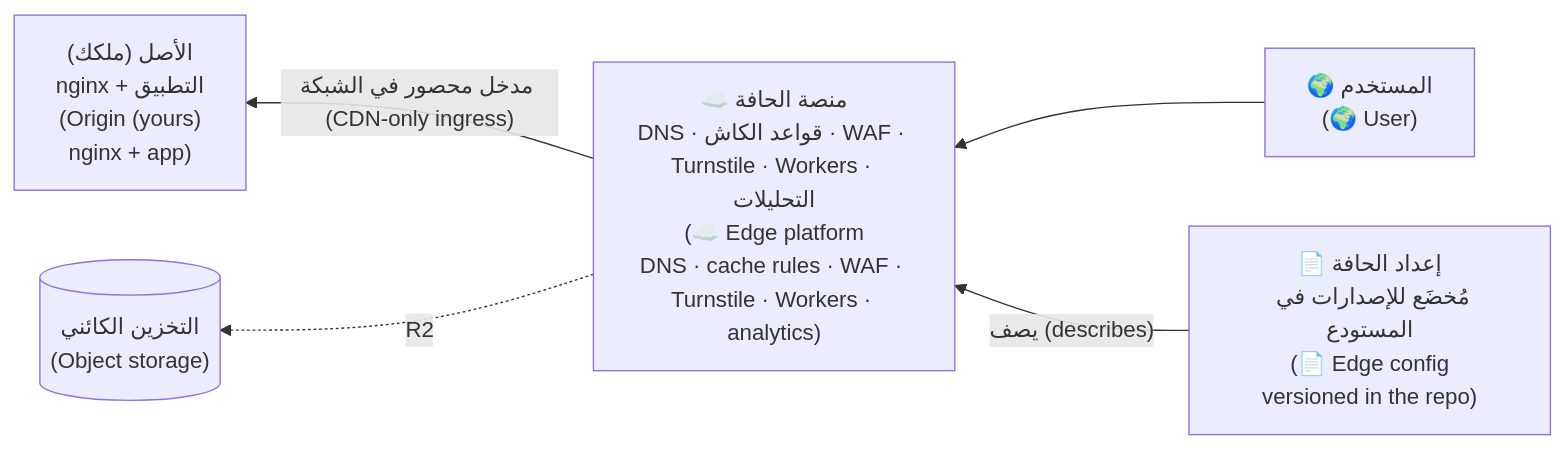
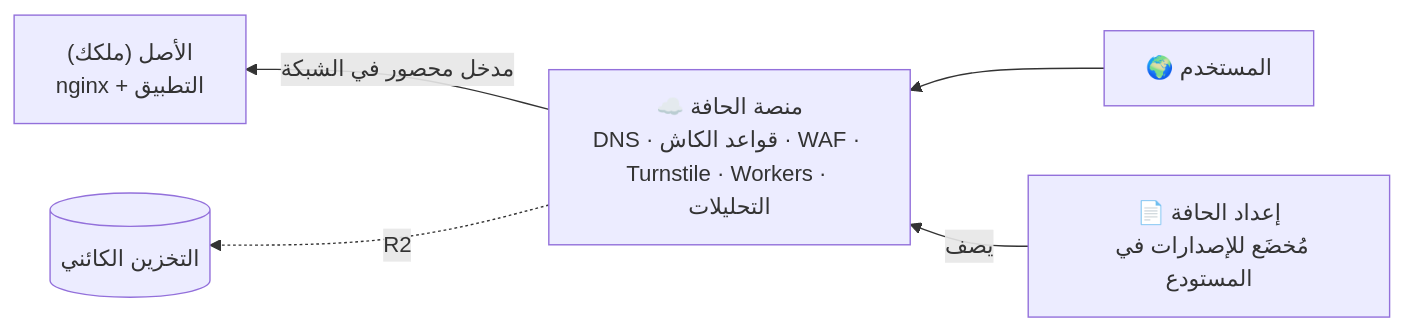
One commit to Tamoura/system-design-for-vibe-coders changed the fifth of 5 diagrams in modules/11-reaching-the-world/module.ar.md. Above: the diagram before and after it, drawn with Mermaid. The commit also changed other lines of this file and 551 other files, not shown here.

````diff
--- a/modules/11-reaching-the-world/module.ar.md
+++ b/modules/11-reaching-the-world/module.ar.md
@@ -431,7 +431,7 @@
 ```mermaid
 flowchart RL
-    U["🌍 المستخدم<br/>(🌍 User)"] --> E["☁️ منصة الحافة<br/>DNS · قواعد الكاش · WAF · Turnstile · Workers · التحليلات<br/>(☁️ Edge platform<br/>DNS · cache rules · WAF · Turnstile · Workers · analytics)"]
-    E -->|"مدخل محصور في الشبكة (CDN-only ingress)"| O["الأصل (ملكك)<br/>nginx + التطبيق<br/>(Origin (yours)<br/>nginx + app)"]
-    E -.->|"R2"| S[("التخزين الكائني<br/>(Object storage)")]
-    C["📄 إعداد الحافة<br/>مُخضَع للإصدارات في المستودع<br/>(📄 Edge config<br/>versioned in the repo)"] -->|"يصف (describes)"| E
+    U["🌍 المستخدم"] --> E["☁️ منصة الحافة<br/>DNS · قواعد الكاش · WAF · Turnstile · Workers · التحليلات"]
+    E -->|"مدخل محصور في الشبكة"| O["الأصل (ملكك)<br/>nginx + التطبيق"]
+    E -.->|"R2"| S[("التخزين الكائني")]
+    C["📄 إعداد الحافة<br/>مُخضَع للإصدارات في المستودع"] -->|"يصف"| E
 ```
````
